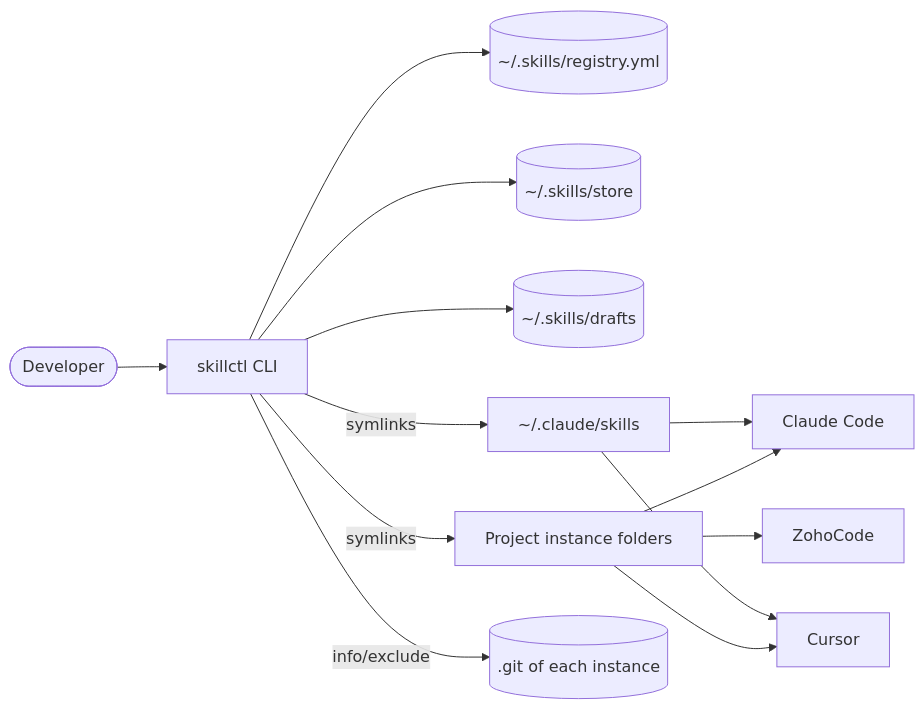
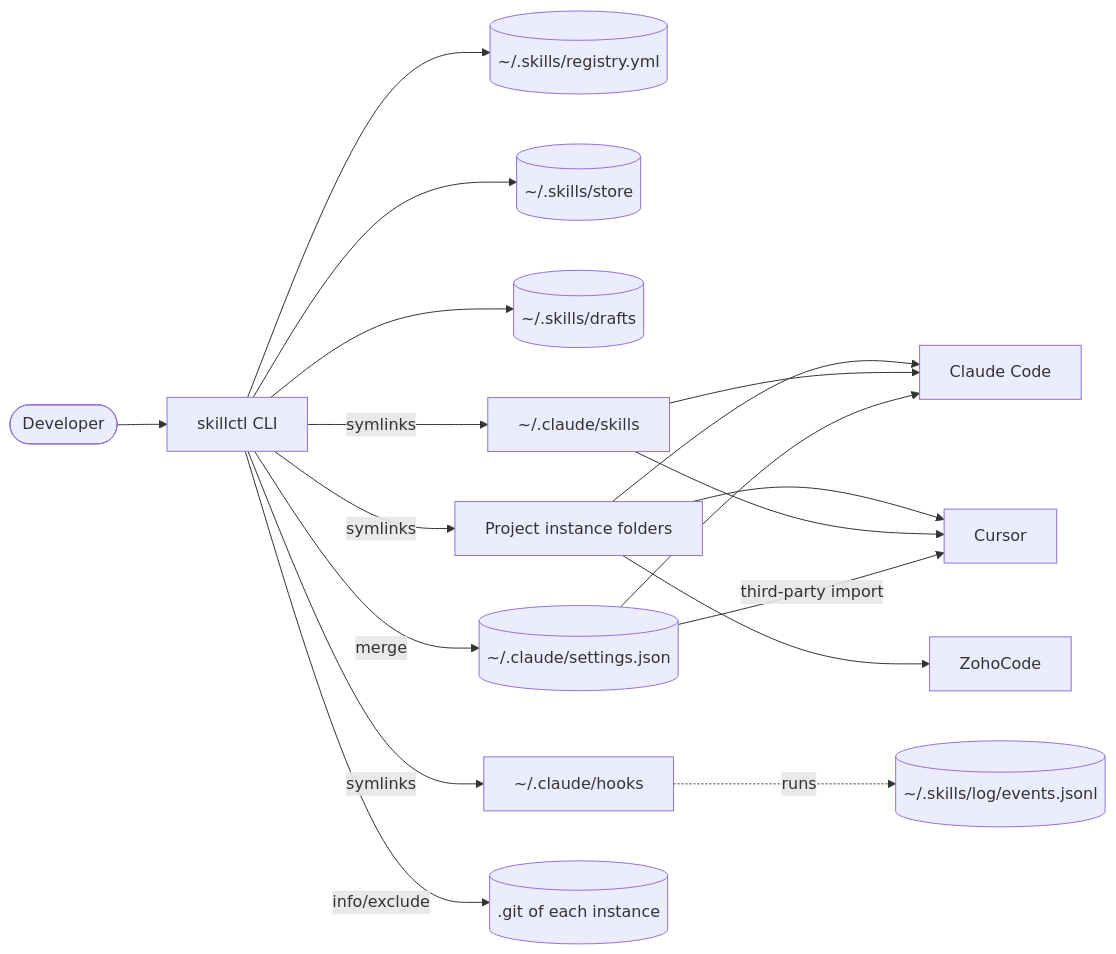
One commit to abindran/skillctl changed the diagram in wiki/Home.md. Above: the diagram before and after it, drawn with Mermaid. The commit also changed other lines of this file and 3 other files, not shown here.

````diff
--- a/wiki/Home.md
+++ b/wiki/Home.md
@@ -28,15 +29,20 @@
 ```mermaid
 flowchart LR
     Dev([Developer]) --> CLI[skillctl CLI]
     CLI --> Reg[(~/.skills/registry.yml)]
     CLI --> Store[(~/.skills/store)]
     CLI --> Drafts[(~/.skills/drafts)]
     CLI -- symlinks --> Proj[Project instance folders]
     CLI -- symlinks --> UserDir[~/.claude/skills]
+    CLI -- symlinks --> HookDir[~/.claude/hooks]
+    CLI -- merge --> Settings[(~/.claude/settings.json)]
     CLI -- info/exclude --> GitRepo[(.git of each instance)]
     Proj --> H1[Claude Code]
     Proj --> H2[Cursor]
     Proj --> H3[ZohoCode]
     UserDir --> H1
     UserDir --> H2
+    Settings --> H1
+    Settings -- third-party import --> H2
+    HookDir -. runs .-> Log[(~/.skills/log/events.jsonl)]
 ```
````
